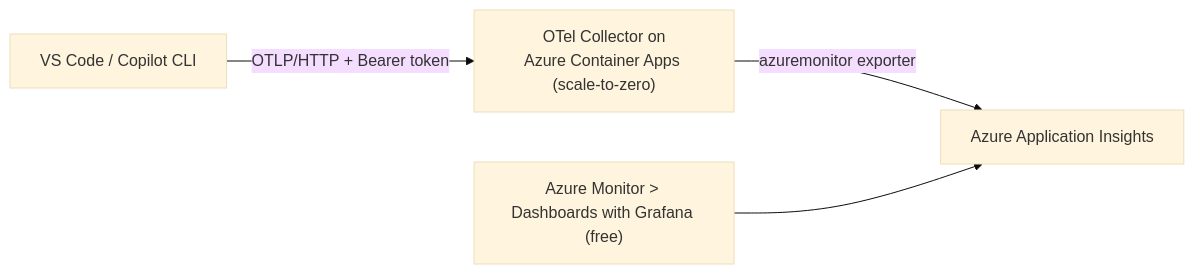
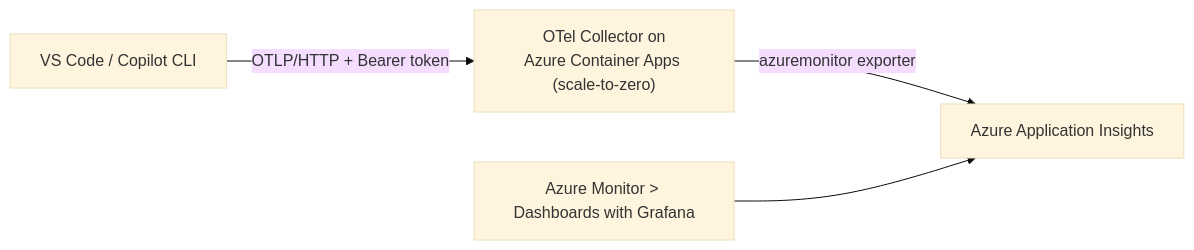
Before and after one commit to webmaxru/copilot-otel-grafana: the second of 3 diagrams in README.md, drawn with Mermaid (base theme). The commit also changed other lines of this file and 1 other file, not shown here.

First line of the commit message:
docs: soften free-tier framing in README + site (honest, usage-based)

````diff
--- a/README.md
+++ b/README.md
@@ -304,6 +304,6 @@
 ```mermaid
 flowchart LR
     VS["VS Code / Copilot CLI"] -->|OTLP/HTTP + Bearer token| ACA["OTel Collector on<br/>Azure Container Apps (scale-to-zero)"]
     ACA -->|azuremonitor exporter| AI["Azure Application Insights"]
-    Portal["Azure Monitor > Dashboards with Grafana (free)"] --> AI
+    Portal["Azure Monitor > Dashboards with Grafana"] --> AI
 ```
````
